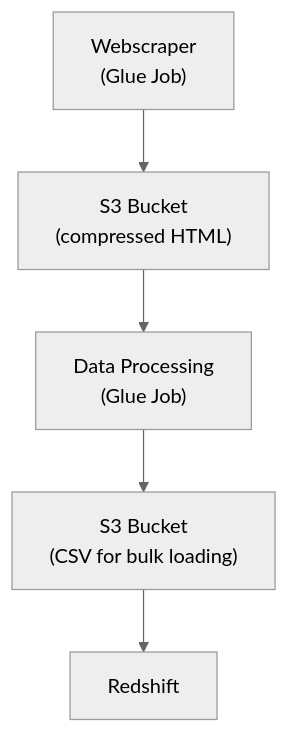
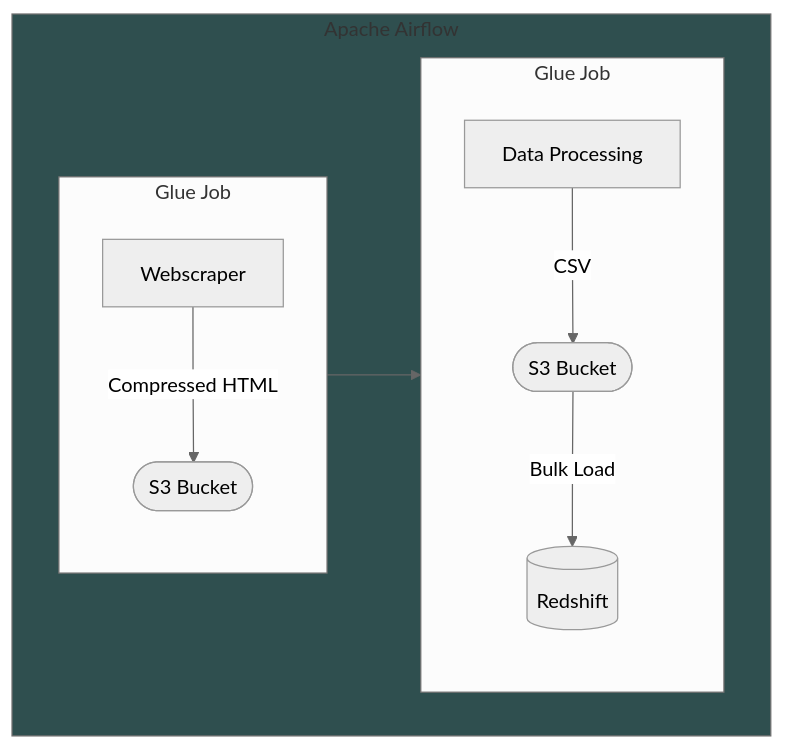
Before and after one commit to jleung24/linkedin_data: the diagram in README.md, drawn with Mermaid (neutral theme).

````diff
--- a/README.md
+++ b/README.md
@@ -1,7 +1,15 @@
 ```mermaid
 flowchart TD;
-    A["Webscraper<br>(Glue Job)"] --> B["S3 Bucket<br>(compressed HTML)"];
-    B --> C["Data Processing<br>(Glue Job)"];
-    C --> D["S3 Bucket<br>(CSV for bulk loading)"];
-    D --> E[Redshift];
+    subgraph air["Apache Airflow"]
+    subgraph glue1["Glue Job"]
+    A["Webscraper"] --> |Compressed HTML| B(["S3 Bucket"]);
+    end
+    subgraph glue2["Glue Job"]
+    C["Data Processing"];
+    C --> |CSV| D(["S3 Bucket"]);
+    D --> |Bulk Load| E[(Redshift)];
+    end
+    glue1 --> glue2
+    end
+    style air fill:darkslategrey;
 ```
````
